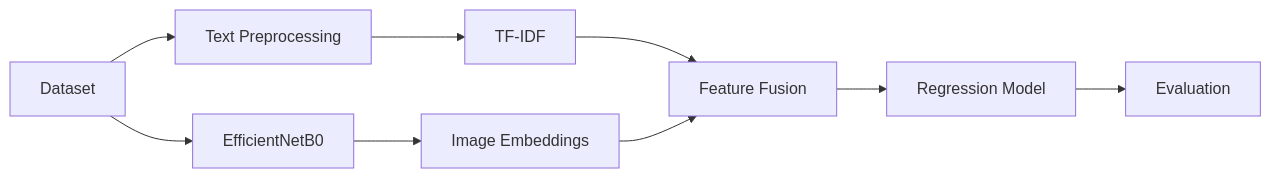
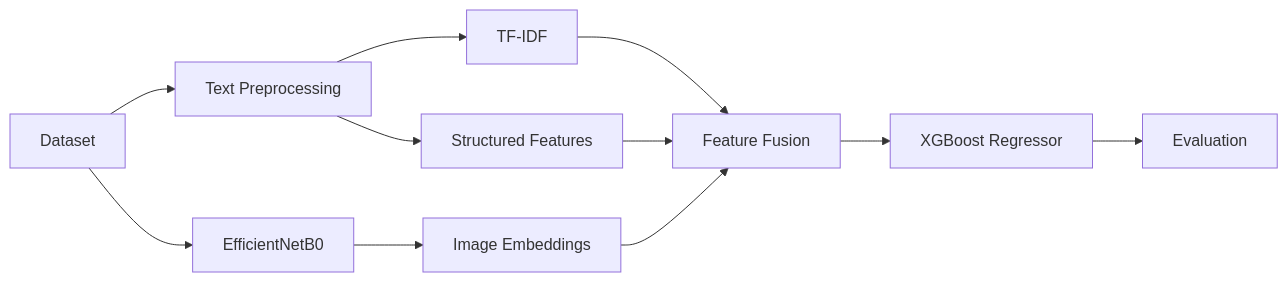
One commit to Urvity03/Multimodal-Product-Price-Predictor changed the diagram in README.md. Above: the diagram before and after it, drawn with Mermaid. The commit also changed other lines of this file, not shown here.

````diff
--- a/README.md
+++ b/README.md
@@ -59,20 +68,23 @@
 ```mermaid
 flowchart LR
     A[Dataset]
     B[Text Preprocessing]
     C[TF-IDF]
     D[EfficientNetB0]
     E[Image Embeddings]
-    F[Feature Fusion]
-    G[Regression Model]
-    H[Evaluation]
+    F[Structured Features]
+    G[Feature Fusion]
+    H[XGBoost Regressor]
+    I[Evaluation]
 
     A --> B
     B --> C
     A --> D
     D --> E
-    C --> F
-    E --> F
+    B --> F
+    C --> G
+    E --> G
     F --> G
     G --> H
+    H --> I
 ```
````
